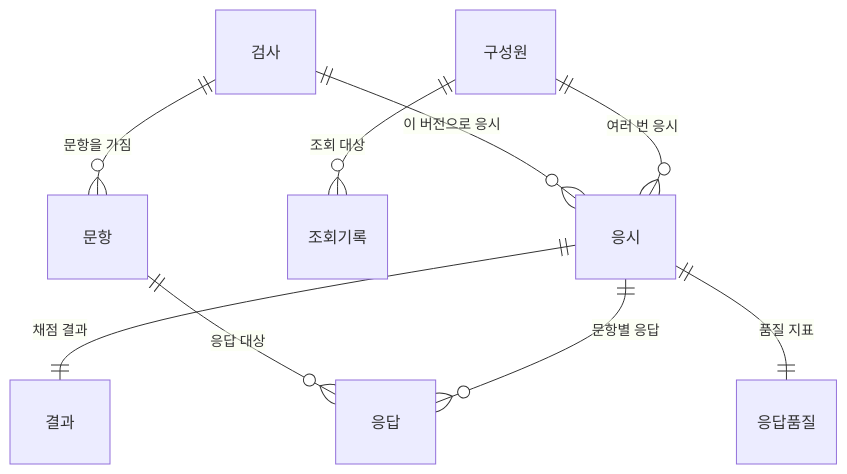
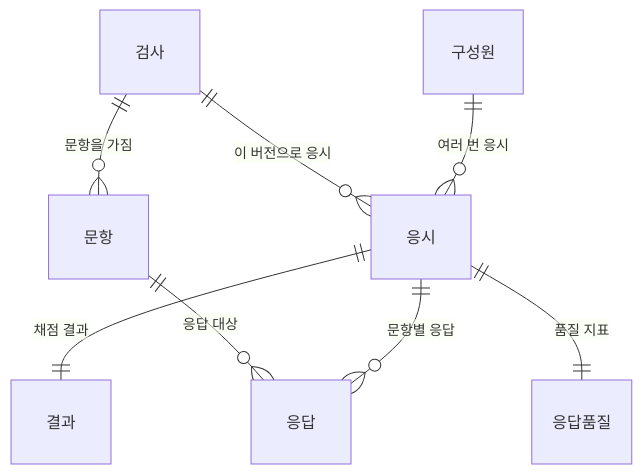
Before and after one commit to Kodol05/survey-design-docs: the seventh of 8 diagrams in docs/05_시스템_보고서_v2.md, drawn with Mermaid. The commit also changed other lines of this file, not shown here.

First line of the commit message:
v2 — 관리자 행위 기록 제거, 구성원 추가 제거, 관리자 로그인 조정

````diff
--- a/docs/05_시스템_보고서_v2.md
+++ b/docs/05_시스템_보고서_v2.md
@@ -493,11 +466,10 @@
 ```mermaid
 erDiagram
   구성원 ||--o{ 응시 : "여러 번 응시"
-  구성원 ||--o{ 조회기록 : "조회 대상"
   검사 ||--o{ 문항 : "문항을 가짐"
   검사 ||--o{ 응시 : "이 버전으로 응시"
   응시 ||--o{ 응답 : "문항별 응답"
   응시 ||--|| 결과 : "채점 결과"
   응시 ||--|| 응답품질 : "품질 지표"
   문항 ||--o{ 응답 : "응답 대상"
 ```
````
